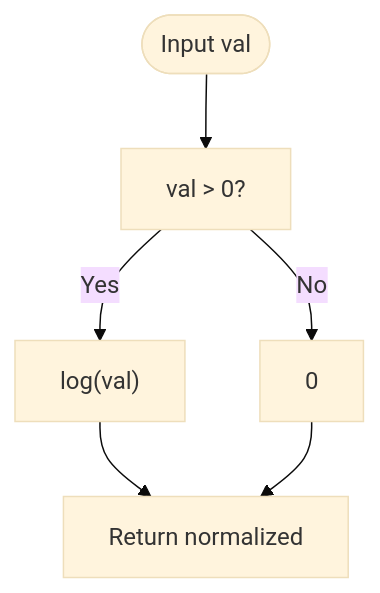
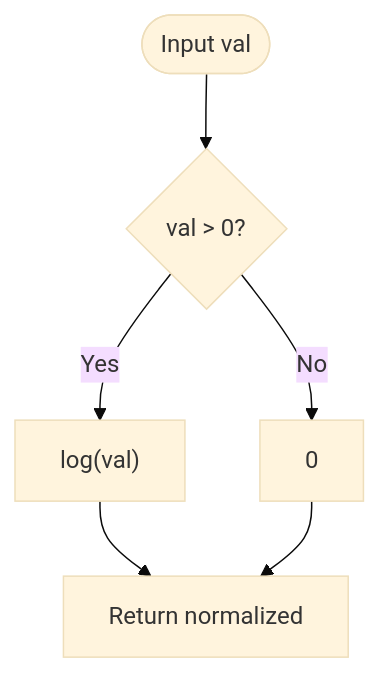
The third of 11 diagrams in .qoder/repowiki/en/content/Core Business Logic/Scoring and Analytics.md (Dezzpil/meingym), drawn with Mermaid (base theme) before and after one commit. The commit also changed other lines of this file and 12 other files, not shown here.

````diff
--- a/.qoder/repowiki/en/content/Core Business Logic/Scoring and Analytics.md
+++ b/.qoder/repowiki/en/content/Core Business Logic/Scoring and Analytics.md
@@ -107,8 +155,8 @@
 ```mermaid
 flowchart TD
-Start(["Input val"]) --> Check["val > 0?"]
+Start(["Input val"]) --> Check{"val > 0?"}
 Check --> |Yes| Log["log(val)"]
 Check --> |No| Zero["0"]
 Log --> Return["Return normalized"]
 Zero --> Return
 ```
````
